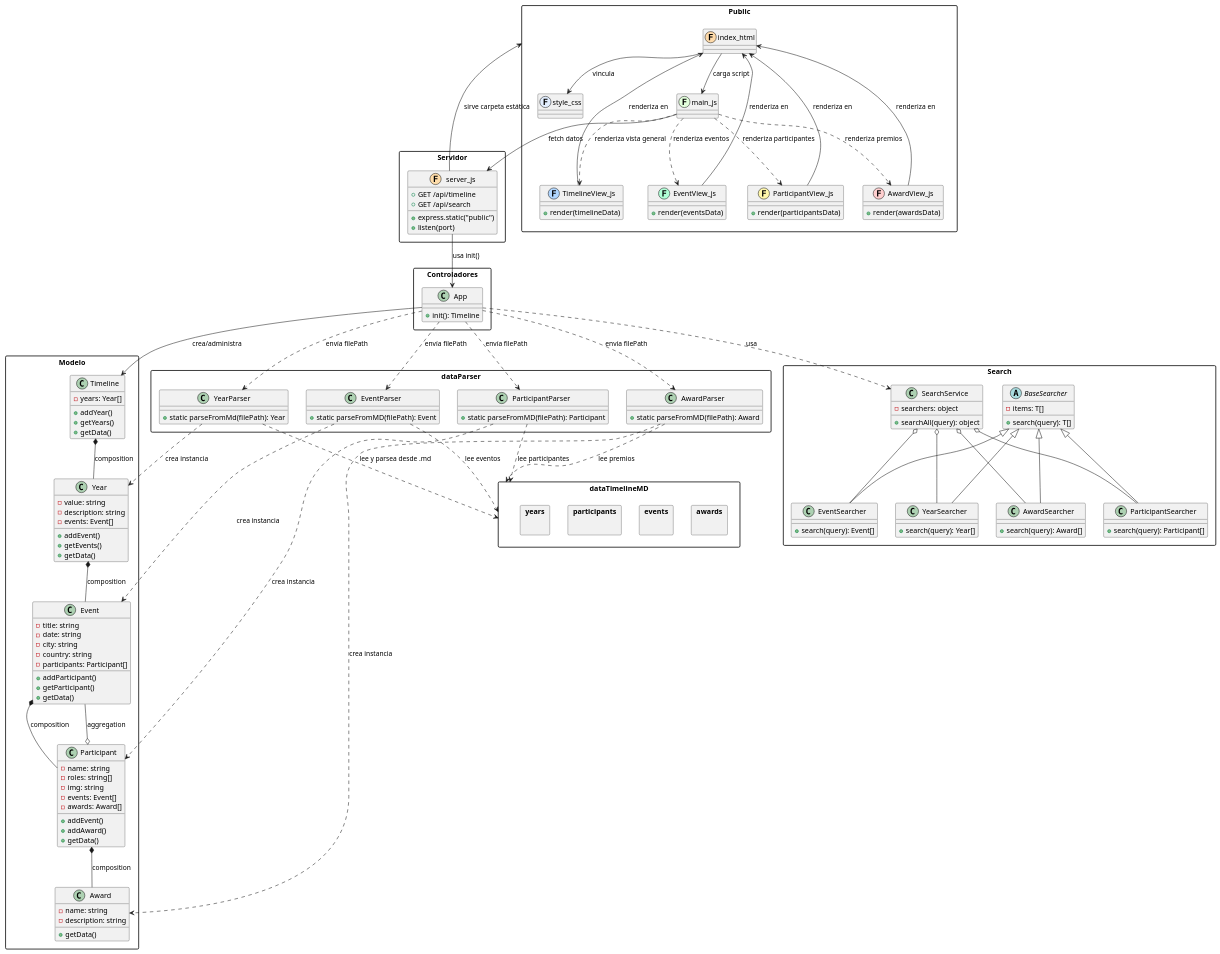
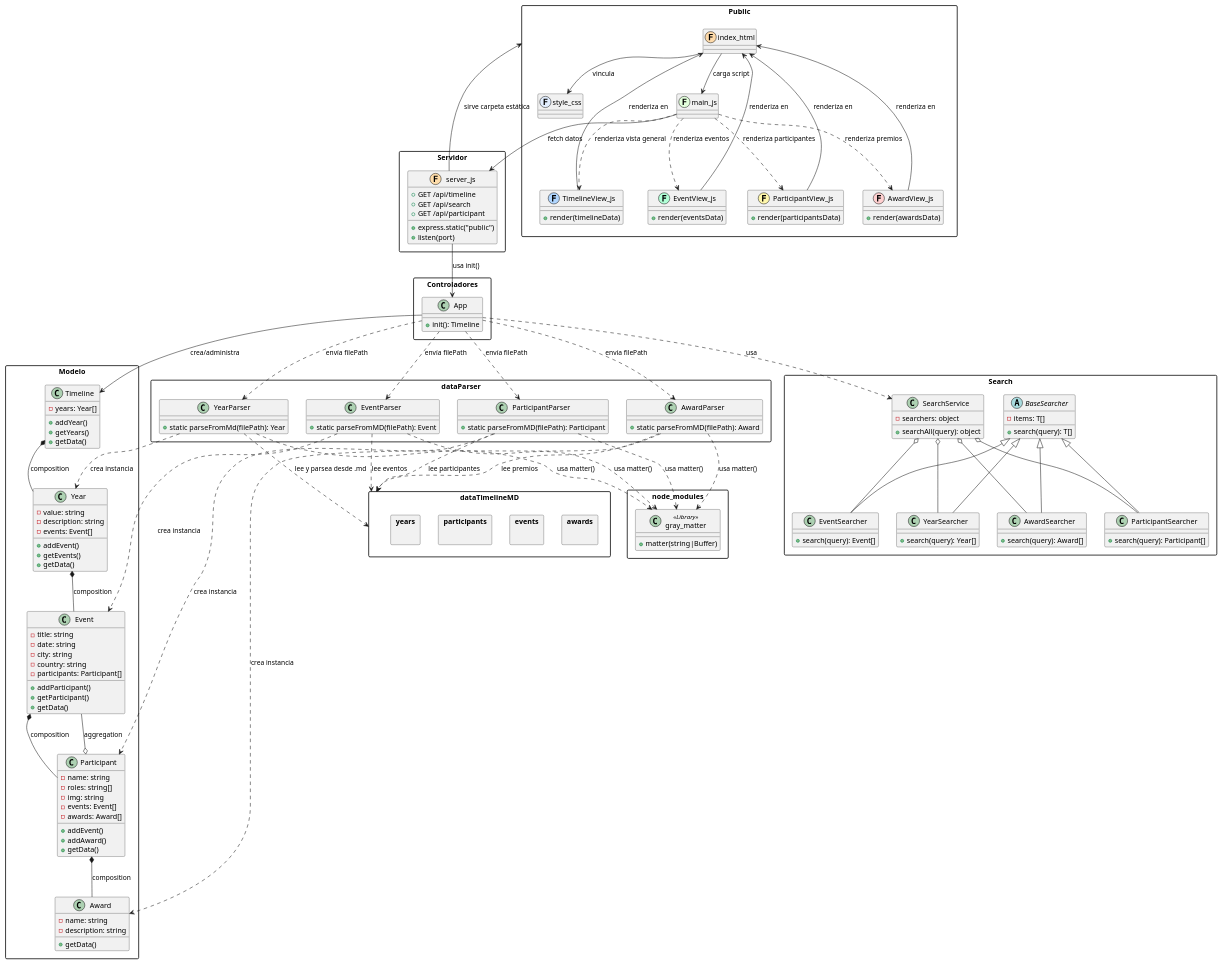
The diagram in timeline.plantuml (valleria-web/AE_timeline), drawn with PlantUML before and after one commit. The commit also changed 48 other files, not shown here.

```diff
--- a/timeline.plantuml
+++ b/timeline.plantuml
@@ -73,6 +73,13 @@
     }
 }
 
+' === LIBRERÍAS ===
+package "node_modules" {
+    class gray_matter <<Library>> {
+        + matter(string|Buffer)
+    }
+}
+
 ' === CONTROLADORES ===
 package "Controladores" {
     class App {
@@ -85,6 +92,7 @@
     class server_js << (F,#FFDDAA) >> {
         + GET /api/timeline
         + GET /api/search
+        + GET /api/participant
         + express.static("public")
         + listen(port)
     }
@@ -191,4 +199,10 @@
 ParticipantParser ..> dataTimelineMD: "lee participantes"
 AwardParser ..> dataTimelineMD: "lee premios"
 
+' Uso de gray-matter
+YearParser ..> gray_matter : "usa matter()"
+EventParser ..> gray_matter : "usa matter()"
+ParticipantParser ..> gray_matter : "usa matter()"
+AwardParser ..> gray_matter : "usa matter()"
+
 @enduml
```
